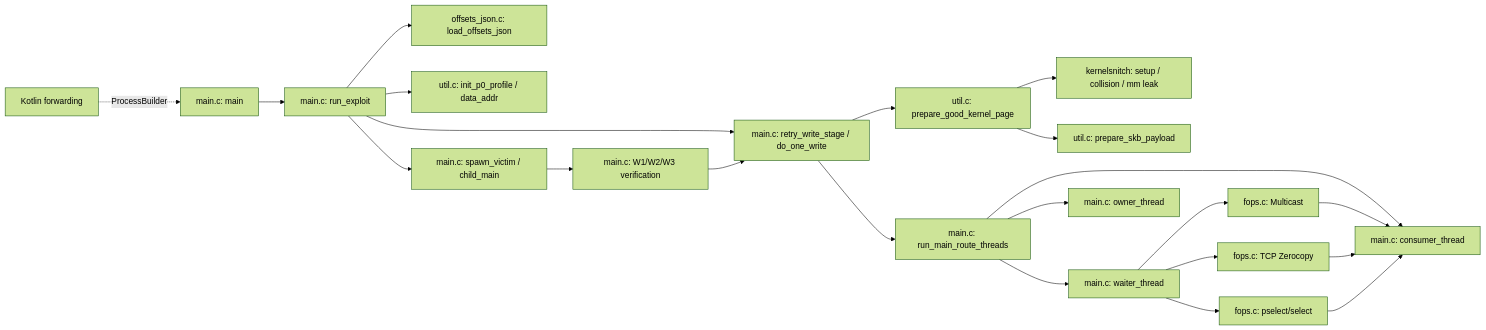
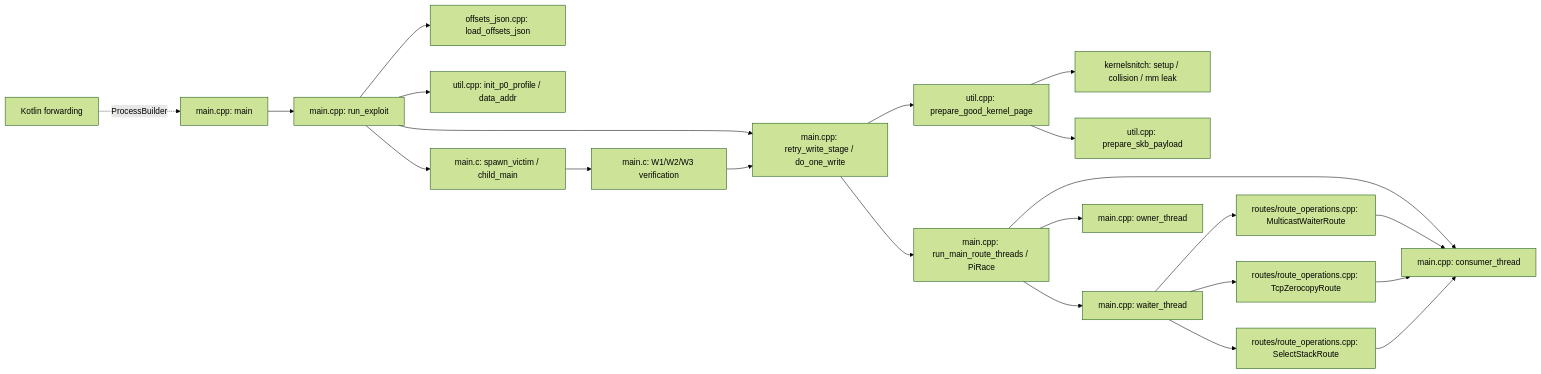
The first of 5 diagrams in analysis/all-functions-callgraph.md (YuKongA/ghostlock-app), drawn with Mermaid (forest theme) before and after one commit. The commit also changed other lines of this file and 2 other files, not shown here.

Commit message:
docs(native): sync the call graph, route map and core readme

````diff
--- a/analysis/all-functions-callgraph.md
+++ b/analysis/all-functions-callgraph.md
@@ -7,24 +7,24 @@
 ```mermaid
 flowchart LR
-    K["Kotlin forwarding"] -. ProcessBuilder .-> Entry["main.c: main"]
-    Entry --> RX["main.c: run_exploit"]
-    RX --> Profile["offsets_json.c: load_offsets_json"]
-    RX --> Addr["util.c: init_p0_profile / data_addr"]
-    RX --> Write["main.c: retry_write_stage / do_one_write"]
-    Write --> Heap["util.c: prepare_good_kernel_page"]
+    K["Kotlin forwarding"] -. ProcessBuilder .-> Entry["main.cpp: main"]
+    Entry --> RX["main.cpp: run_exploit"]
+    RX --> Profile["offsets_json.cpp: load_offsets_json"]
+    RX --> Addr["util.cpp: init_p0_profile / data_addr"]
+    RX --> Write["main.cpp: retry_write_stage / do_one_write"]
+    Write --> Heap["util.cpp: prepare_good_kernel_page"]
     Heap --> KS["kernelsnitch: setup / collision / mm leak"]
-    Heap --> Payload["util.c: prepare_skb_payload"]
-    Write --> Race["main.c: run_main_route_threads"]
-    Race --> Waiter["main.c: waiter_thread"]
-    Race --> Owner["main.c: owner_thread"]
-    Race --> Consumer["main.c: consumer_thread"]
-    Waiter --> M["fops.c: Multicast"]
-    Waiter --> T["fops.c: TCP Zerocopy"]
-    Waiter --> P["fops.c: pselect/select"]
+    Heap --> Payload["util.cpp: prepare_skb_payload"]
+    Write --> Race["main.cpp: run_main_route_threads / PiRace"]
+    Race --> Waiter["main.cpp: waiter_thread"]
+    Race --> Owner["main.cpp: owner_thread"]
+    Race --> Consumer["main.cpp: consumer_thread"]
+    Waiter --> M["routes/route_operations.cpp: MulticastWaiterRoute"]
+    Waiter --> T["routes/route_operations.cpp: TcpZerocopyRoute"]
+    Waiter --> P["routes/route_operations.cpp: SelectStackRoute"]
     M --> Consumer
     T --> Consumer
     P --> Consumer
     RX --> Victim["main.c: spawn_victim / child_main"]
     Victim --> Verify["main.c: W1/W2/W3 verification"]
     Verify --> Write
 ```
````
